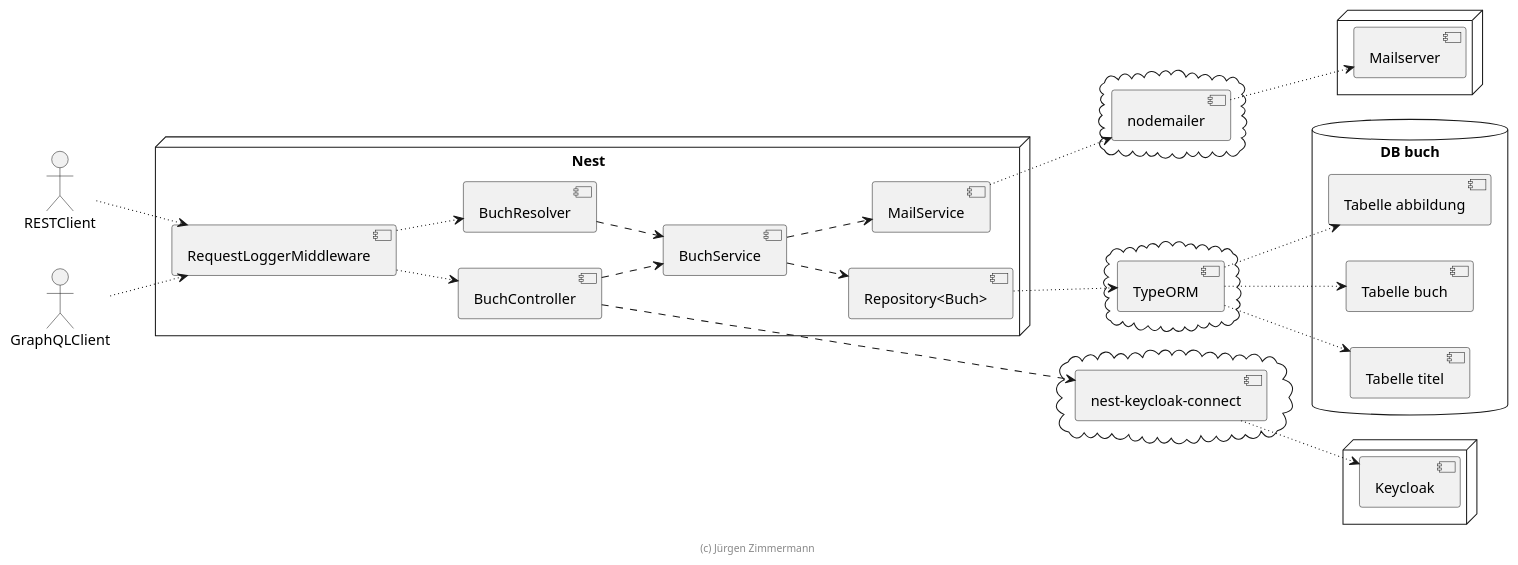
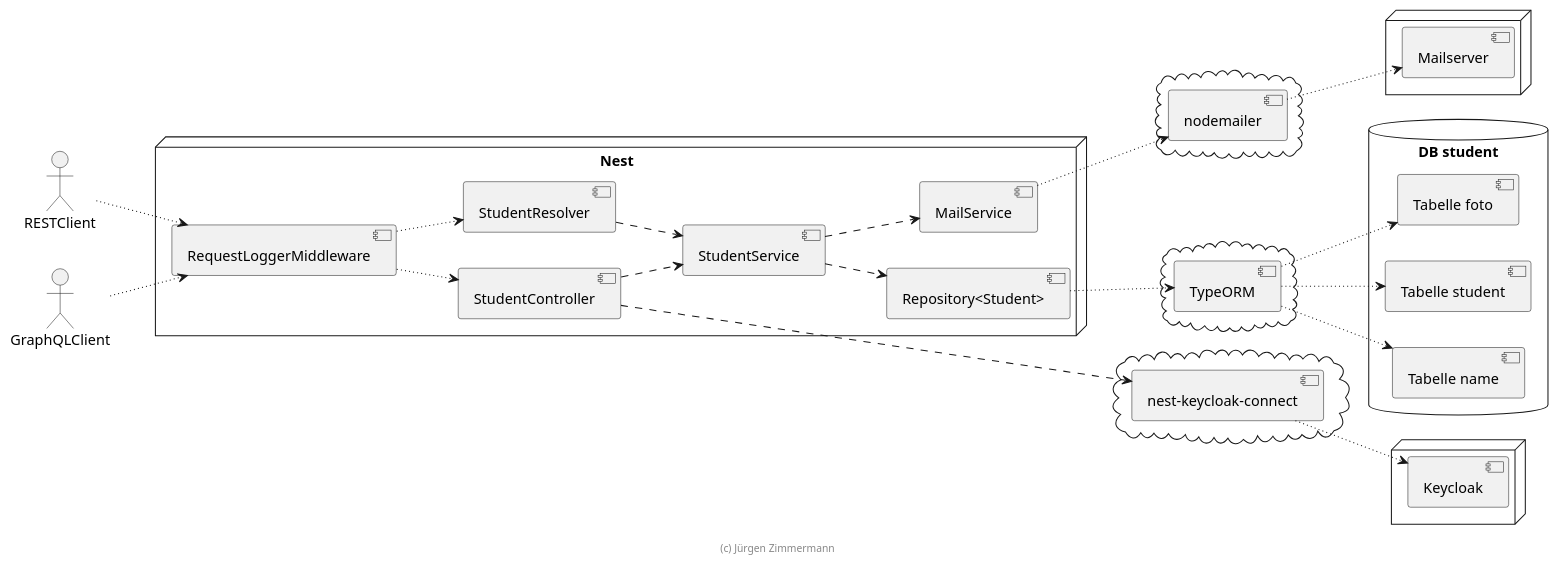
Before and after one commit to vaxa26/Studenten: the diagram in .extras/doc/projekthandbuch/komponenten.plantuml, drawn with PlantUML. The commit also changed 30 other files, not shown here.

```diff
--- a/.extras/doc/projekthandbuch/komponenten.plantuml
+++ b/.extras/doc/projekthandbuch/komponenten.plantuml
@@ -18,74 +18,74 @@
 @startuml Komponenten
 
 left to right direction
 
 actor RESTClient
 actor GraphQLClient
 
 node "Nest" {
-  [RequestLoggerMiddleware]
+    [RequestLoggerMiddleware]
 
-  [BuchController]
-  [BuchResolver]
+    [StudentController]
+    [StudentResolver]
 
-  [BuchService]
+    [StudentService]
 
-  [Repository<Buch>]
+    [Repository<Student>]
 
-  [MailService]
+    [MailService]
 }
 
 
 cloud {
-    [TypeORM]
+        [TypeORM]
 }
 
 cloud {
-    [nest-keycloak-connect]
+        [nest-keycloak-connect]
 }
 
 cloud {
-    [nodemailer]
+        [nodemailer]
 }
 
-database "DB buch" {
-    [Tabelle buch]
-    [Tabelle titel]
-    [Tabelle abbildung]
+database "DB student" {
+        [Tabelle student]
+        [Tabelle name]
+        [Tabelle foto]
 }
 
 node {
-    [Keycloak]
+        [Keycloak]
 }
 
 node {
-    [Mailserver]
+        [Mailserver]
 }
 
 RESTClient ~~> [RequestLoggerMiddleware]
 GraphQLClient ~~> [RequestLoggerMiddleware]
 
-[RequestLoggerMiddleware] ~~> [BuchController]
-[RequestLoggerMiddleware] ~~> [BuchResolver]
+[RequestLoggerMiddleware] ~~> [StudentController]
+[RequestLoggerMiddleware] ~~> [StudentResolver]
 
-[BuchController] ..> [BuchService]
-[BuchResolver] ..> [BuchService]
-[BuchService] ..> [Repository<Buch>]
+[StudentController] ..> [StudentService]
+[StudentResolver] ..> [StudentService]
+[StudentService] ..> [Repository<Student>]
 
-[Repository<Buch>] ~~> [TypeORM]
-[TypeORM] ~~> [Tabelle buch]
-[TypeORM] ~~> [Tabelle titel]
-[TypeORM] ~~> [Tabelle abbildung]
+[Repository<Student>] ~~> [TypeORM]
+[TypeORM] ~~> [Tabelle student]
+[TypeORM] ~~> [Tabelle name]
+[TypeORM] ~~> [Tabelle foto]
 
-[BuchController] ..> [nest-keycloak-connect]
+[StudentController] ..> [nest-keycloak-connect]
 [nest-keycloak-connect] ~~> [Keycloak]
 
-[BuchService] ..> [MailService]
+[StudentService] ..> [MailService]
 [MailService] ~~> [nodemailer]
 [nodemailer] ~~> [Mailserver]
 
 [MailService] ~[hidden]~> [nest-keycloak-connect]
 
 footer (c) Jürgen Zimmermann
 
 @enduml
```
